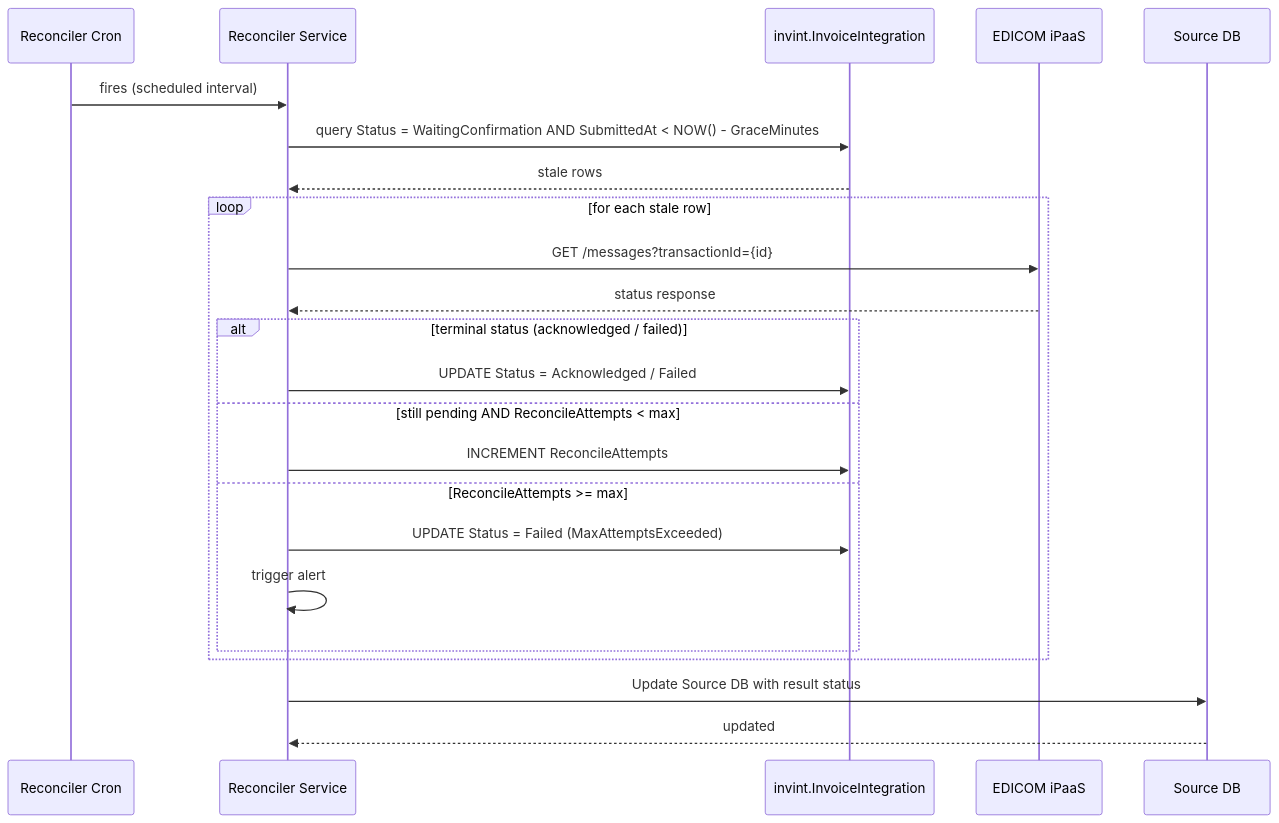
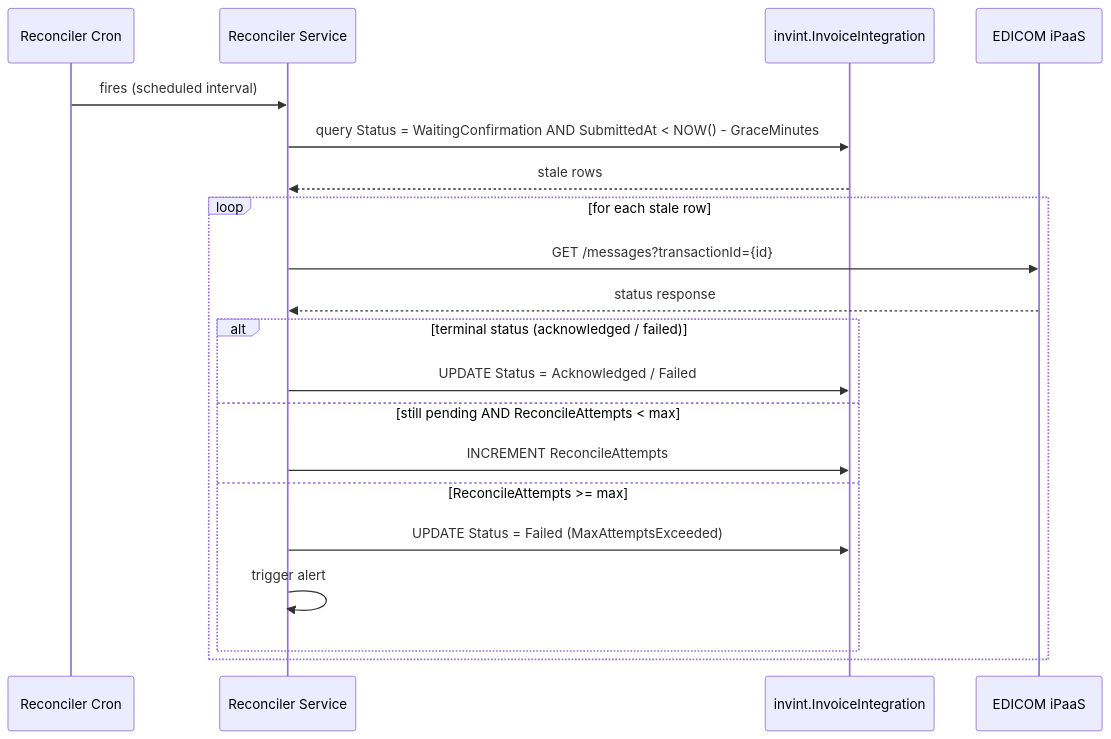
Before and after one commit to ctorresunimag95/Designs: the sixth of 6 diagrams in InvoiceIntegrator/ADR-001-EDICOM-Invoice-Integration-Service.md, drawn with Mermaid. The commit also changed other lines of this file and 1 other file, not shown here.

````diff
--- a/InvoiceIntegrator/ADR-001-EDICOM-Invoice-Integration-Service.md
+++ b/InvoiceIntegrator/ADR-001-EDICOM-Invoice-Integration-Service.md
@@ -283,28 +251,25 @@
 ```mermaid
 sequenceDiagram
   participant RCron as Reconciler Cron
   participant Rec as Reconciler Service
   participant IntDB as invint.InvoiceIntegration
   participant Edicom as EDICOM iPaaS
-  participant SrcDB as Source DB
 
   RCron->>Rec: fires (scheduled interval)
   Rec->>IntDB: query Status = WaitingConfirmation AND SubmittedAt < NOW() - GraceMinutes
   IntDB-->>Rec: stale rows
 
   loop for each stale row
     Rec->>Edicom: GET /messages?transactionId={id}
     Edicom-->>Rec: status response
 
     alt terminal status (acknowledged / failed)
       Rec->>IntDB: UPDATE Status = Acknowledged / Failed
     else still pending AND ReconcileAttempts < max
       Rec->>IntDB: INCREMENT ReconcileAttempts
     else ReconcileAttempts >= max
       Rec->>IntDB: UPDATE Status = Failed (MaxAttemptsExceeded)
       Rec->>Rec: trigger alert
     end
   end
-  Rec->>SrcDB: Update Source DB with result status
-  SrcDB-->>Rec: updated
 ```
````
